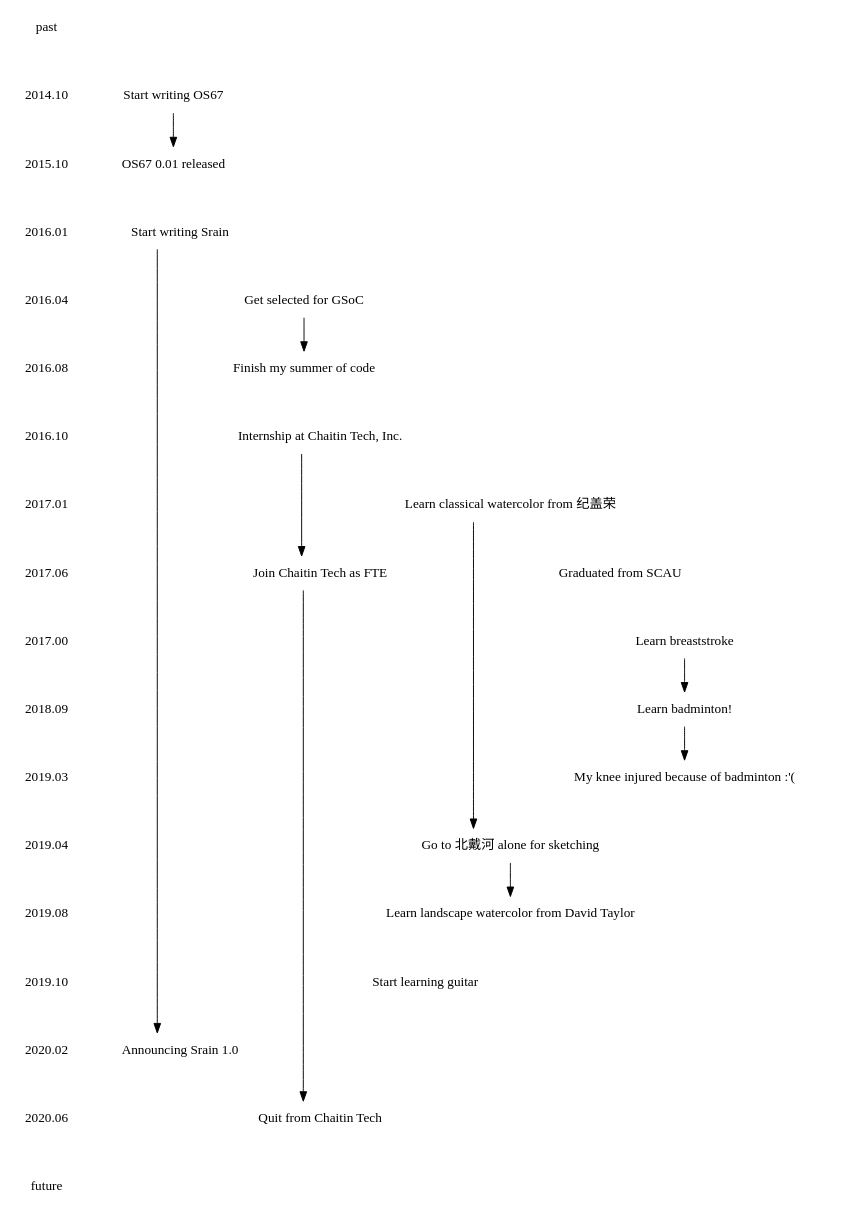
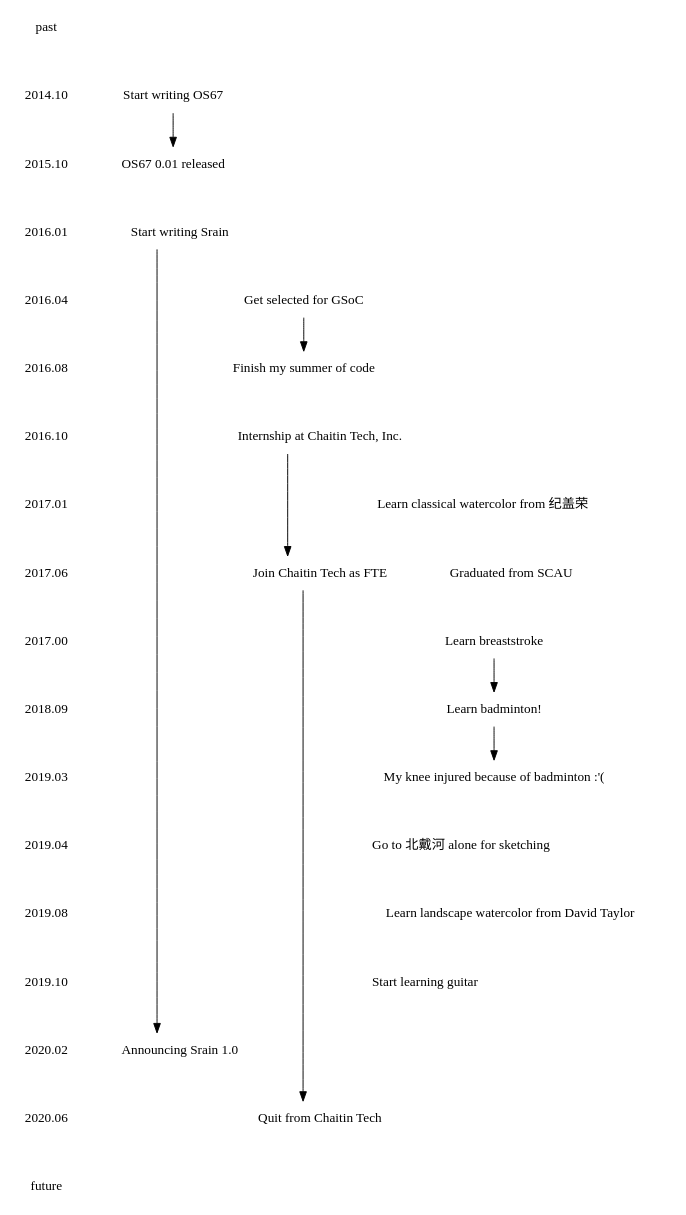
One commit to SilverRainZ/silverrainz.github.io changed the diagram in about/events.rst. Above: the diagram before and after it, drawn with Graphviz. The commit also changed 1 other file, not shown here.

Commit message:
Refine about me

```diff
--- a/about/events.rst
+++ b/about/events.rst
@@ -1,70 +1,68 @@
 .. digraph:: events
 
    splines=ortho
    node [shape=plaintext];
 
     past
     -> 2014.10
     -> 2015.10
     -> 2016.01
     -> 2016.04
     -> 2016.08
     -> 2016.10
     -> 2017.01
     -> 2017.06
     -> 2017.00
     -> 2018.09
     -> 2019.03
     -> 2019.04
     -> 2019.08
     -> 2019.10
     -> 2020.02
     -> 2020.06
     -> future [style=invis];
 
     {rank=same past}
 
     {rank=same 2014.10 start_os67[label="Start writing OS67"]}
 
     {rank=same 2015.10 end_os67[label="OS67 0.01 released"]}
     start_os67 -> end_os67;
 
     {rank=same 2016.01 start_srain[label="Start writing Srain"]}
 
     {rank=same 2016.04 start_gsoc2016[label="Get selected for GSoC"]}
 
     {rank=same 2016.08 end_gsoc2016[label="Finish my summer of code"]}
     start_gsoc2016 -> end_gsoc2016;
 
     {rank=same 2016.10 intern_chaitin[label="Internship at Chaitin Tech, Inc."]}
 
     {rank=same 2017.01 learn_watercolor_jgr[label="Learn classical watercolor from 纪盖荣"]}
 
     {rank=same 2017.06 graduate_scau[label="Graduated from SCAU"]}
 
     {rank=same 2017.06 join_chaitin [label="Join Chaitin Tech as FTE"]}
     intern_chaitin -> join_chaitin;
 
     {rank=same 2017.00 learn_swimming[label="Learn breaststroke"]}
 
     {rank=same 2018.09 learn_badminton[label="Learn badminton!"]}
     learn_swimming -> learn_badminton;
 
     {rank=same 2019.03 injure_knee[label="My knee injured because of badminton :'("]}
     learn_badminton -> injure_knee;
 
     {rank=same 2019.04 sketch_beidaihe[label="Go to 北戴河 alone for sketching"]}
-    learn_watercolor_jgr -> sketch_beidaihe;
 
     {rank=same 2019.08 learn_watercolor_taylor[label="Learn landscape watercolor from David Taylor"]}
-    sketch_beidaihe -> learn_watercolor_taylor;
 
     {rank=same 2019.10 learn_guitar[label="Start learning guitar"]}
 
     {rank=same 2020.02 announce_srain[label="Announcing Srain 1.0"]}
     start_srain -> announce_srain;
 
     {rank=same 2020.06 quit_chaitin[label="Quit from Chaitin Tech"]}
     join_chaitin -> quit_chaitin;
 
     {rank=same future}
```
